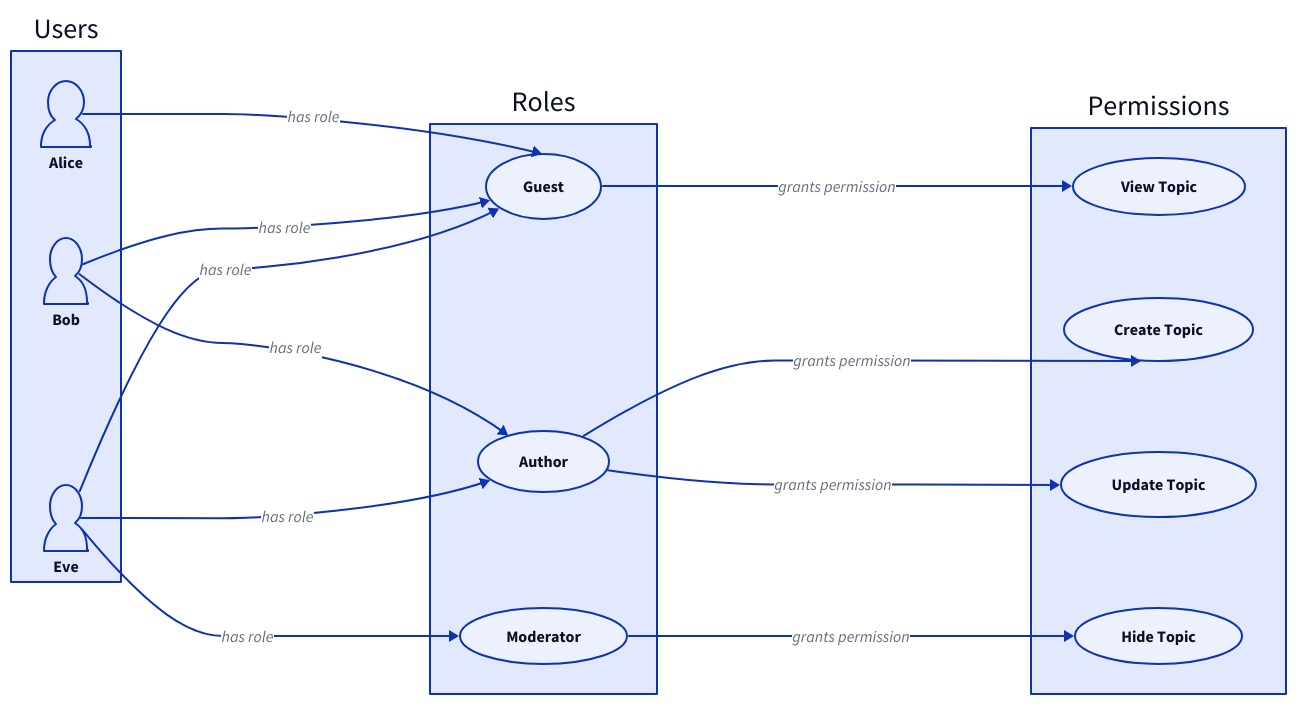
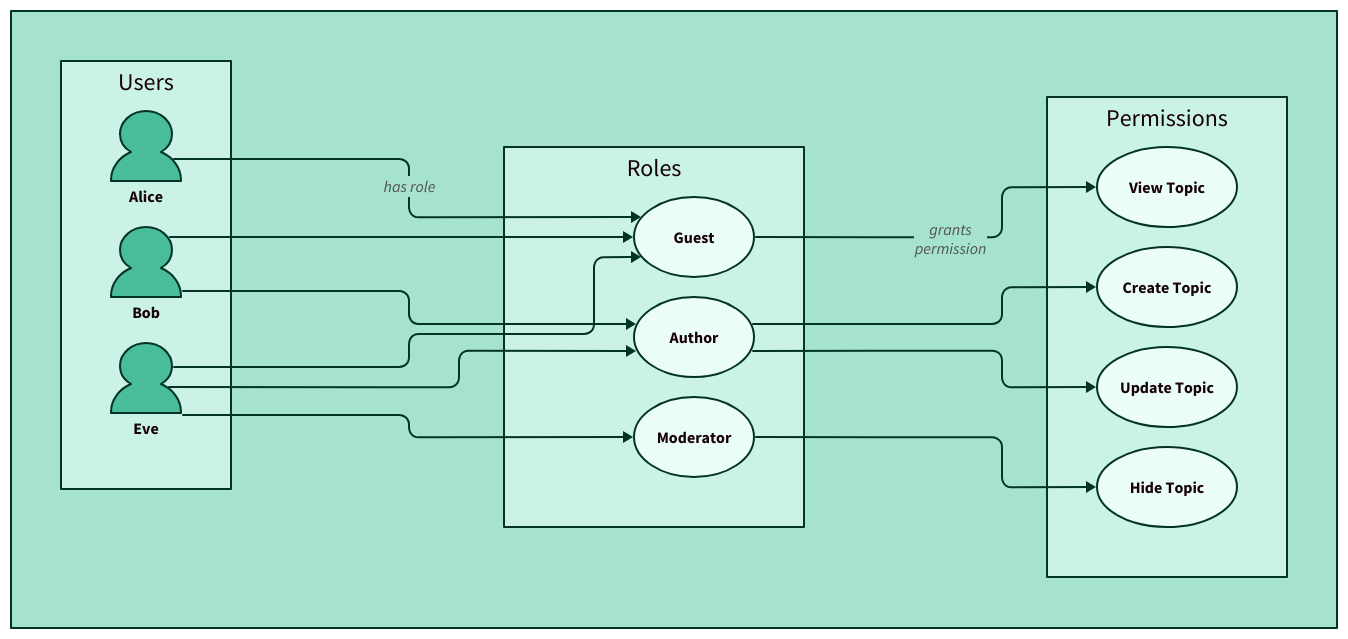
One commit to byceps/byceps changed the diagram in docs/concepts/authorization/example.d2. Above: the diagram before and after it, drawn with D2. The commit also changed 12 other files, not shown here.

First line of the commit message:
Recreate diagram images in documentation

```diff
--- a/docs/concepts/authorization/example.d2
+++ b/docs/concepts/authorization/example.d2
@@ -1,36 +1,67 @@
-# layout: elk
+vars: {
+  d2-config: {
+    layout-engine: elk
+    theme-id: 104
+  }
+}
 
 direction: right
 
-Users: {
-  Alice: {shape: person}
-  Bob: {shape: person}
-  Eve: {shape: person}
+classes: {
+  user: {
+    shape: person
+    width: 70
+    height: 70
+  }
+  role: {
+    shape: oval
+    width: 120
+    height: 80
+  }
+  permission: {
+    shape: oval
+    width: 140
+    height: 80
+  }
+  has-role: {
+    label: has role
+  }
+  grants-permission: {
+    label: grants\npermission
+  }
 }
 
-Roles: {
-  Guest: {shape: oval}
-  Author: {shape: oval}
-  Moderator: {shape: oval}
+container: "" {
+  Users: {
+    Alice: { class: user }
+    Bob: { class: user }
+    Eve: { class: user }
+  }
+
+  Roles: {
+    Guest: { class: role }
+    Author: { class: role }
+    Moderator: { class: role }
+  }
+
+  Permissions: {
+    View Topic: { class: permission }
+    Create Topic: { class: permission }
+    Update Topic: { class: permission }
+    Hide Topic: { class: permission }
+  }
+
+  Users.Alice -> Roles.Guest: { class: has-role }
+
+  Users.Bob -> Roles.Guest
+  Users.Bob -> Roles.Author
+
+  Users.Eve -> Roles.Guest
+  Users.Eve -> Roles.Author
+  Users.Eve -> Roles.Moderator
+
+  Roles.Guest -> Permissions.View Topic: { class: grants-permission }
+  Roles.Author -> Permissions.Create Topic
+  Roles.Author -> Permissions.Update Topic
+  Roles.Moderator -> Permissions.Hide Topic
 }
-
-Permissions: {
-  View Topic: {shape: oval}
-  Create Topic: {shape: oval}
-  Update Topic: {shape: oval}
-  Hide Topic: {shape: oval}
-}
-
-Users.Alice -> Roles.Guest: has role
-
-Users.Bob -> Roles.Guest: has role
-Users.Bob -> Roles.Author: has role
-
-Users.Eve -> Roles.Guest: has role
-Users.Eve -> Roles.Author: has role
-Users.Eve -> Roles.Moderator: has role
-
-Roles.Guest -> Permissions.View Topic: grants permission
-Roles.Author -> Permissions.Create Topic: grants permission
-Roles.Author -> Permissions.Update Topic: grants permission
-Roles.Moderator -> Permissions.Hide Topic: grants permission
```
